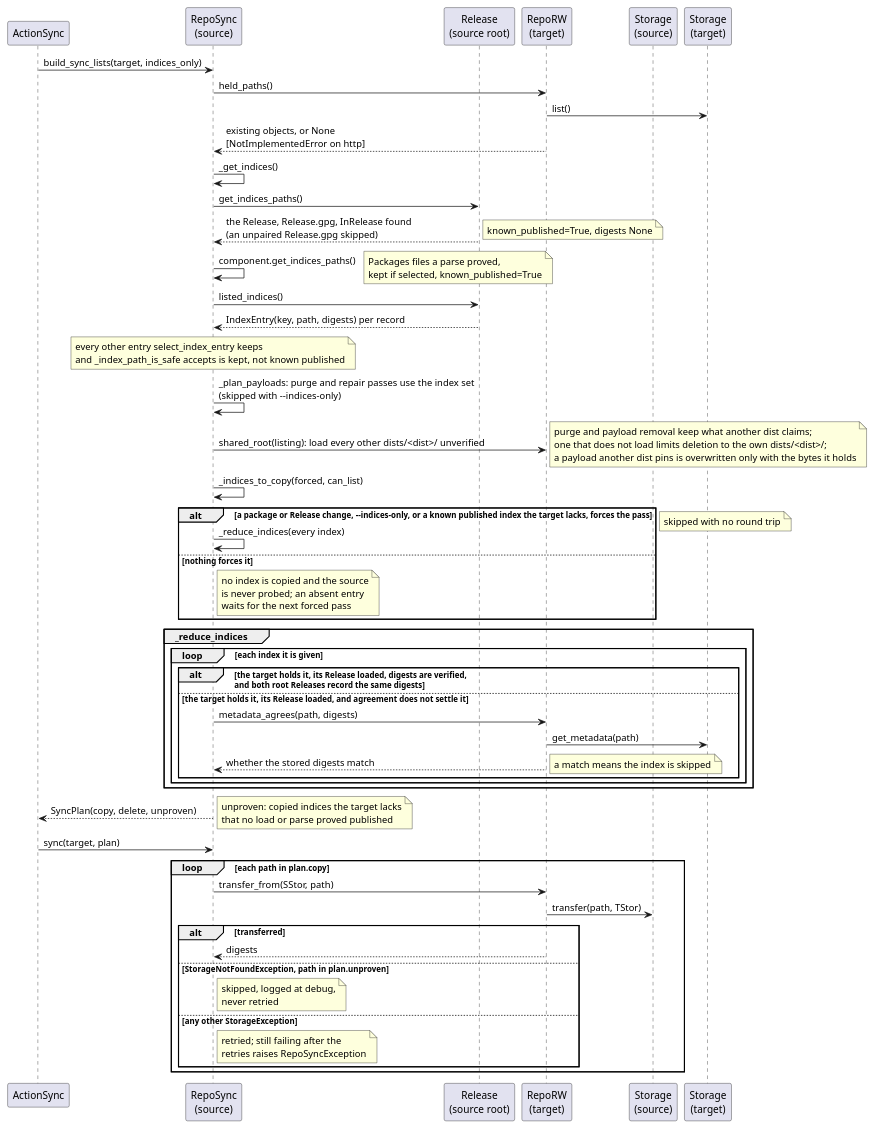
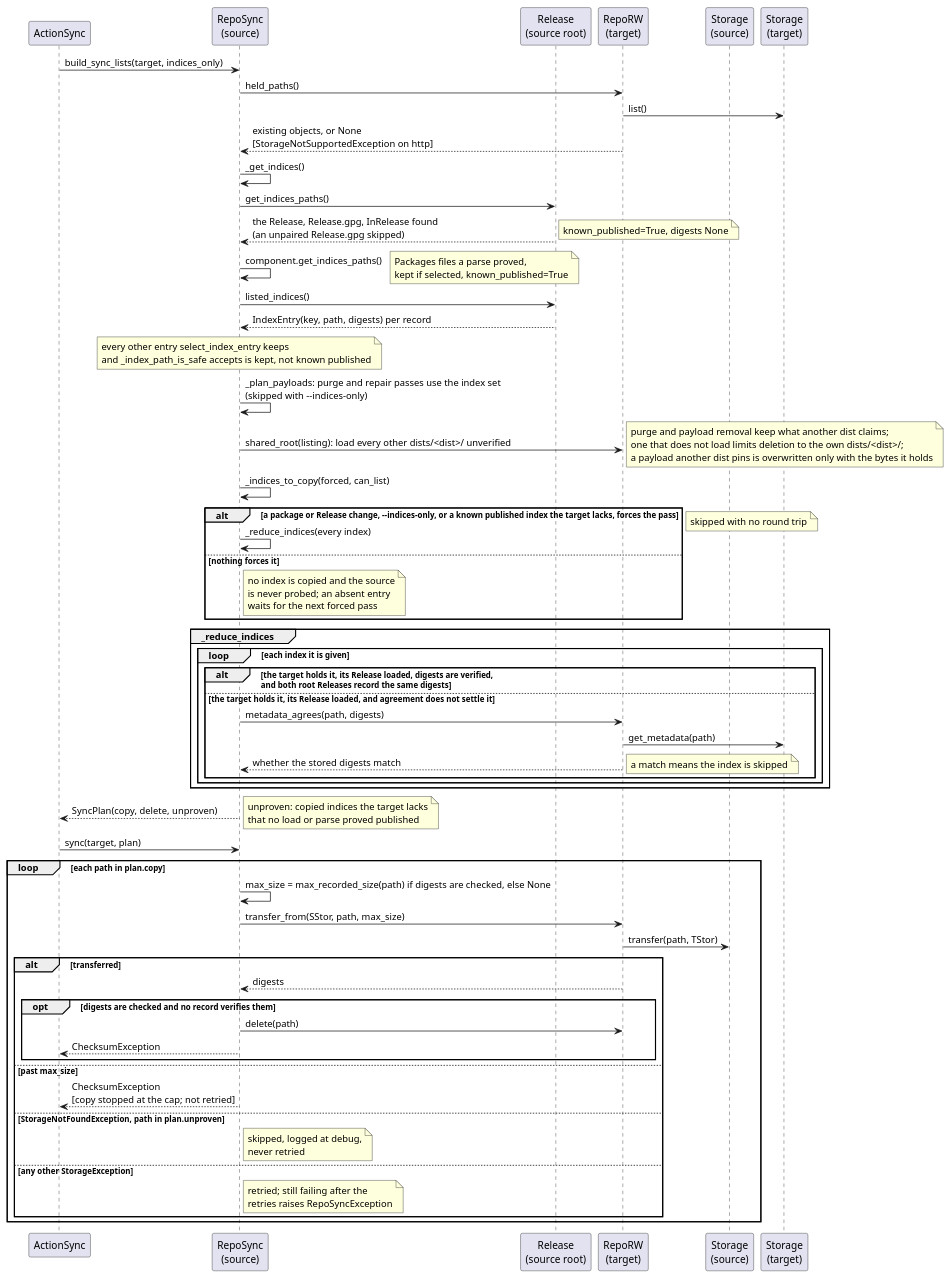
One commit to vinklat/debkit changed the diagram in docs/development/diagrams/repo-sync-indices-sequence.puml. Above: the diagram before and after it, drawn with PlantUML. The commit also changed 48 other files, not shown here.

```diff
--- a/docs/development/diagrams/repo-sync-indices-sequence.puml
+++ b/docs/development/diagrams/repo-sync-indices-sequence.puml
@@ -1,64 +1,71 @@
 @startuml
 participant ActionSync
 participant "RepoSync\n(source)" as Src
 participant "Release\n(source root)" as Rel
 participant "RepoRW\n(target)" as Tgt
 participant "Storage\n(source)" as SStor
 participant "Storage\n(target)" as TStor
 
 ActionSync -> Src: build_sync_lists(target, indices_only)
 Src -> Tgt: held_paths()
 Tgt -> TStor: list()
-Tgt --> Src: existing objects, or None\n[NotImplementedError on http]
+Tgt --> Src: existing objects, or None\n[StorageNotSupportedException on http]
 
 Src -> Src: _get_indices()
 Src -> Rel: get_indices_paths()
 Rel --> Src: the Release, Release.gpg, InRelease found\n(an unpaired Release.gpg skipped)
 note right: known_published=True, digests None
 Src -> Src: component.get_indices_paths()
 note right: Packages files a parse proved,\nkept if selected, known_published=True
 Src -> Rel: listed_indices()
 Rel --> Src: IndexEntry(key, path, digests) per record
 
 note over Src: every other entry select_index_entry keeps\nand _index_path_is_safe accepts is kept, not known published
 
 Src -> Src: _plan_payloads: purge and repair passes use the index set\n(skipped with --indices-only)
 Src -> Tgt: shared_root(listing): load every other dists/<dist>/ unverified
 note right: purge and payload removal keep what another dist claims;\none that does not load limits deletion to the own dists/<dist>/;\na payload another dist pins is overwritten only with the bytes it holds
 
 Src -> Src: _indices_to_copy(forced, can_list)
 alt a package or Release change, --indices-only, or a known published index the target lacks, forces the pass
   Src -> Src: _reduce_indices(every index)
 else nothing forces it
   note right of Src: no index is copied and the source\nis never probed; an absent entry\nwaits for the next forced pass
 end
 
 group _reduce_indices
   loop each index it is given
     alt the target holds it, its Release loaded, digests are verified,\nand both root Releases record the same digests
       note right: skipped with no round trip
     else the target holds it, its Release loaded, and agreement does not settle it
       Src -> Tgt: metadata_agrees(path, digests)
       Tgt -> TStor: get_metadata(path)
       Tgt --> Src: whether the stored digests match
       note right: a match means the index is skipped
     end
   end
 end
 
 Src --> ActionSync: SyncPlan(copy, delete, unproven)
 note right: unproven: copied indices the target lacks\nthat no load or parse proved published
 
 ActionSync -> Src: sync(target, plan)
 loop each path in plan.copy
-  Src -> Tgt: transfer_from(SStor, path)
+  Src -> Src: max_size = max_recorded_size(path) if digests are checked, else None
+  Src -> Tgt: transfer_from(SStor, path, max_size)
   Tgt -> SStor: transfer(path, TStor)
   alt transferred
     Tgt --> Src: digests
+    opt digests are checked and no record verifies them
+      Src -> Tgt: delete(path)
+      Src --> ActionSync: ChecksumException
+    end
+  else past max_size
+    Src --> ActionSync: ChecksumException\n[copy stopped at the cap; not retried]
   else StorageNotFoundException, path in plan.unproven
     note right of Src: skipped, logged at debug,\nnever retried
   else any other StorageException
     note right of Src: retried; still failing after the\nretries raises RepoSyncException
   end
 end
 @enduml
```
